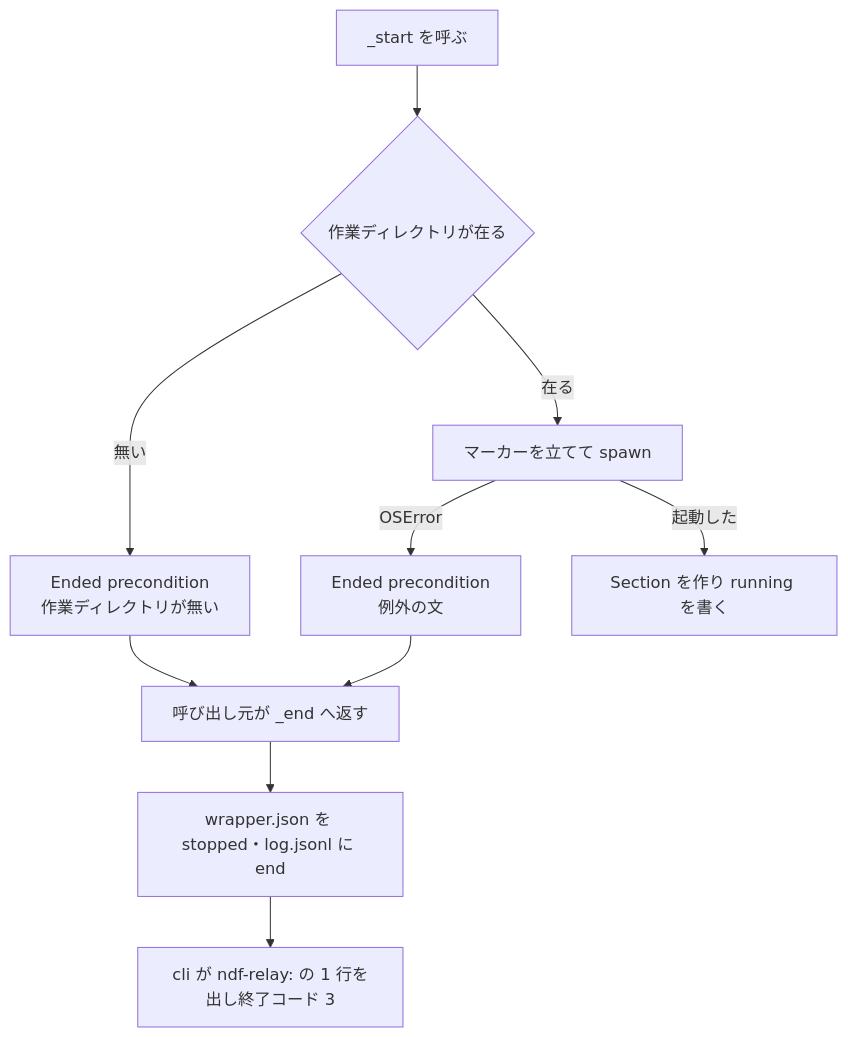
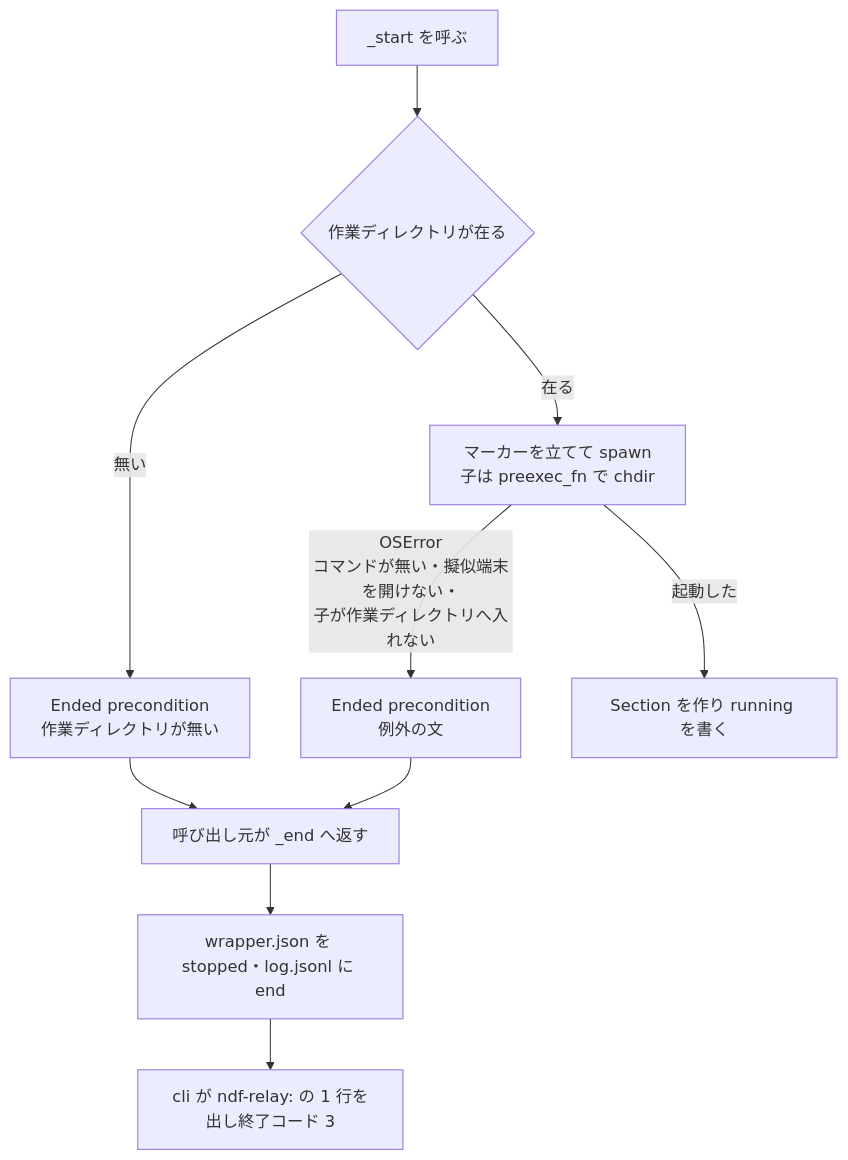
The third of 5 diagrams in issues/issue-3842-3846-3847-3814-design.md (devbasex/ai-plugins), drawn with Mermaid before and after one commit. The commit also changed other lines of this file and 1 other file, not shown here.

First line of the commit message:
Docs: 質問の錠による順序・同一性の確かめ・子の chdir の失敗・回答を確かめられないときの解除を設計に足す（#3814 #3842 #3846）

````diff
--- a/issues/issue-3842-3846-3847-3814-design.md
+++ b/issues/issue-3842-3846-3847-3814-design.md
@@ -198,12 +210,12 @@
 ```mermaid
 flowchart TD
   A[_start を呼ぶ] --> B{作業ディレクトリが在る}
   B -- 無い --> X[Ended precondition<br>作業ディレクトリが無い]
-  B -- 在る --> C[マーカーを立てて spawn]
-  C -- OSError --> Y[Ended precondition<br>例外の文]
+  B -- 在る --> C[マーカーを立てて spawn<br>子は preexec_fn で chdir]
+  C -- OSError<br>コマンドが無い・擬似端末を開けない・<br>子が作業ディレクトリへ入れない --> Y[Ended precondition<br>例外の文]
   C -- 起動した --> D[Section を作り running を書く]
   X --> E[呼び出し元が _end へ返す]
   Y --> E
   E --> F[wrapper.json を stopped・log.jsonl に end]
   F --> G[cli が ndf-relay: の 1 行を出し終了コード 3]
 ```
````
